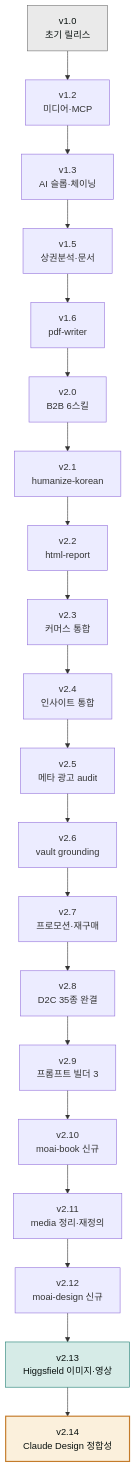
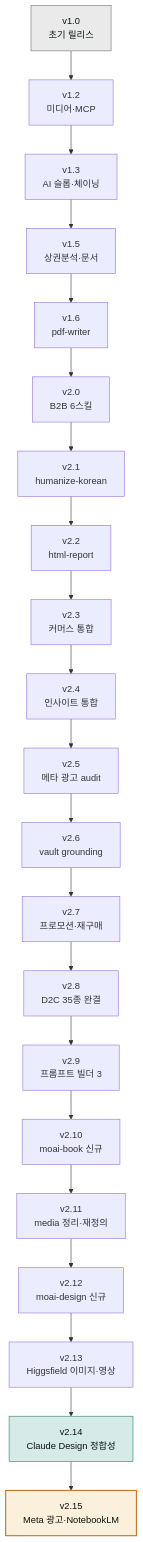
One commit to modu-ai/claude changed the diagram in content/releases/_index.md. Above: the diagram before and after it, drawn with Mermaid. The commit also changed other lines of this file and 9 other files, not shown here.

First line of the commit message:
feat(marketing,office): v2.15.0 — Meta 공식 광고 커넥터 운영 + NotebookLM 슬라이드 프롬프트 2종 신규

````diff
--- a/content/releases/_index.md
+++ b/content/releases/_index.md
@@ -9,26 +9,27 @@
 ```mermaid
 flowchart TD
     V10["v1.0<br/>초기 릴리스"] --> V12["v1.2<br/>미디어·MCP"]
     V12 --> V13["v1.3<br/>AI 슬롭·체이닝"]
     V13 --> V15["v1.5<br/>상권분석·문서"]
     V15 --> V16["v1.6<br/>pdf-writer"]
     V16 --> V20["v2.0<br/>B2B 6스킬"]
     V20 --> V21["v2.1<br/>humanize-korean"]
     V21 --> V22["v2.2<br/>html-report"]
     V22 --> V23["v2.3<br/>커머스 통합"]
     V23 --> V24["v2.4<br/>인사이트 통합"]
     V24 --> V25["v2.5<br/>메타 광고 audit"]
     V25 --> V26["v2.6<br/>vault grounding"]
     V26 --> V27["v2.7<br/>프로모션·재구매"]
     V27 --> V28["v2.8<br/>D2C 35종 완결"]
     V28 --> V29["v2.9<br/>프롬프트 빌더 3"]
     V29 --> V210["v2.10<br/>moai-book 신규"]
     V210 --> V211["v2.11<br/>media 정리·재정의"]
     V211 --> V212["v2.12<br/>moai-design 신규"]
     V212 --> V213["v2.13<br/>Higgsfield 이미지·영상"]
     V213 --> V214["v2.14<br/>Claude Design 정합성"]
+    V214 --> V215["v2.15<br/>Meta 광고·NotebookLM"]
 
     style V10 fill:#eaeaea,stroke:#6e6e6e,color:#09110f
-    style V213 fill:#d6ebe7,stroke:#1c7c70,color:#09110f
-    style V214 fill:#fbf0dc,stroke:#c47b2a,stroke-width:2px,color:#09110f
+    style V214 fill:#d6ebe7,stroke:#1c7c70,color:#09110f
+    style V215 fill:#fbf0dc,stroke:#c47b2a,stroke-width:2px,color:#09110f
 ```
````
